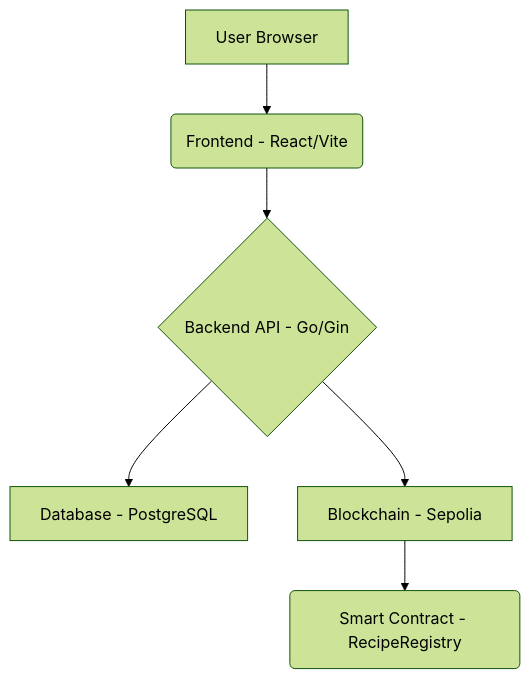
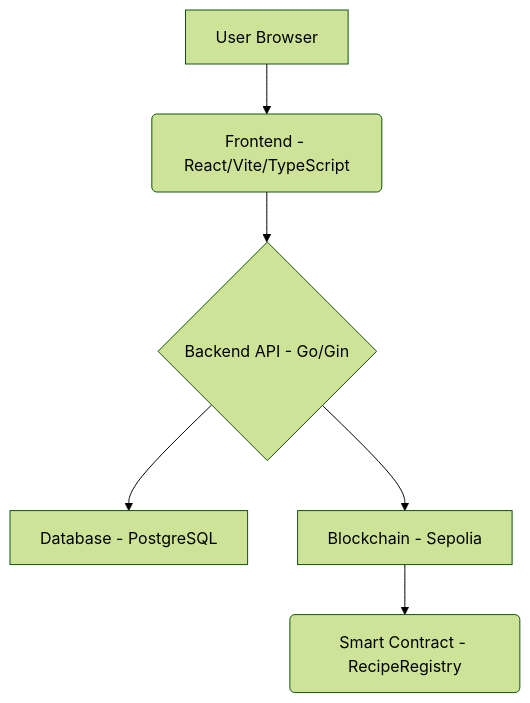
The first of 2 diagrams in README.md (sivaratrisrinivas/proofpot), drawn with Mermaid (forest theme) before and after one commit. The commit also changed other lines of this file and 19 other files, not shown here.

````diff
--- a/README.md
+++ b/README.md
@@ -28,8 +28,8 @@
 ```mermaid
 graph TD
-    A[User Browser] --> B(Frontend - React/Vite);
+    A[User Browser] --> B(Frontend - React/Vite/TypeScript);
     B --> C{Backend API - Go/Gin};
     C --> D[Database - PostgreSQL];
     C --> E[Blockchain - Sepolia];
     E --> F(Smart Contract - RecipeRegistry);
 ```
````
